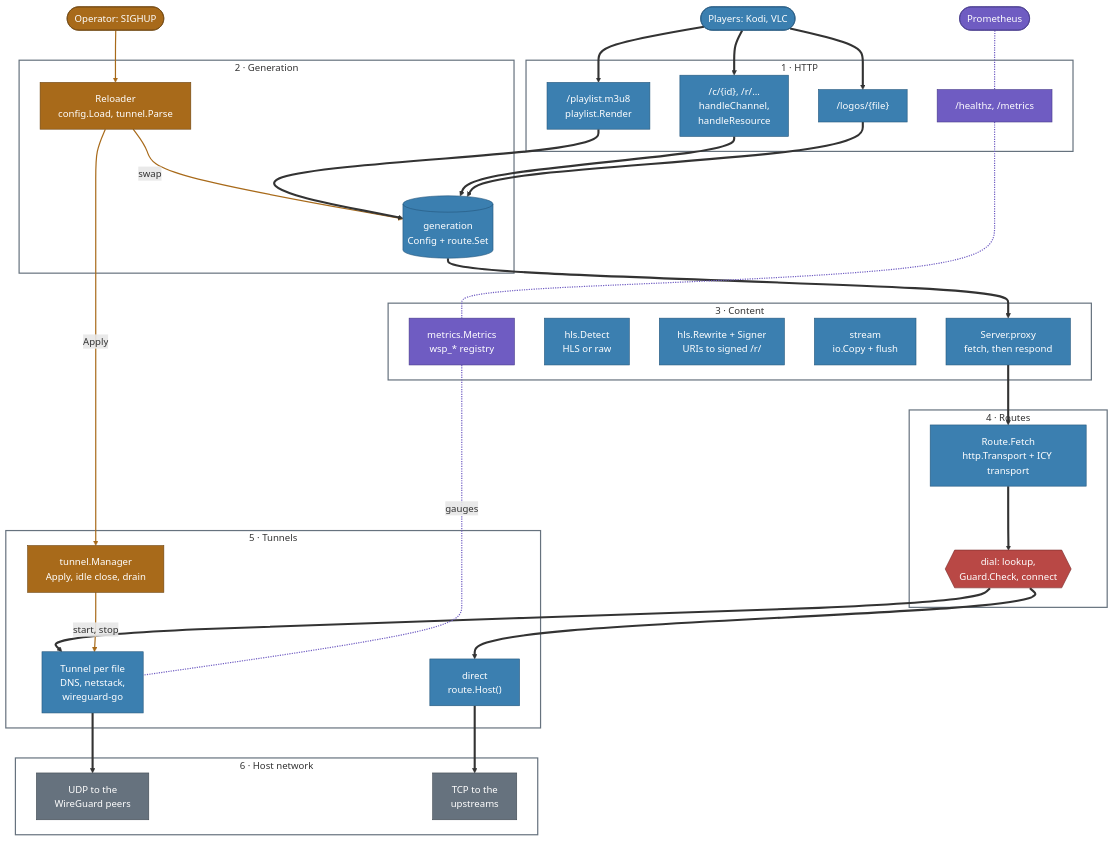
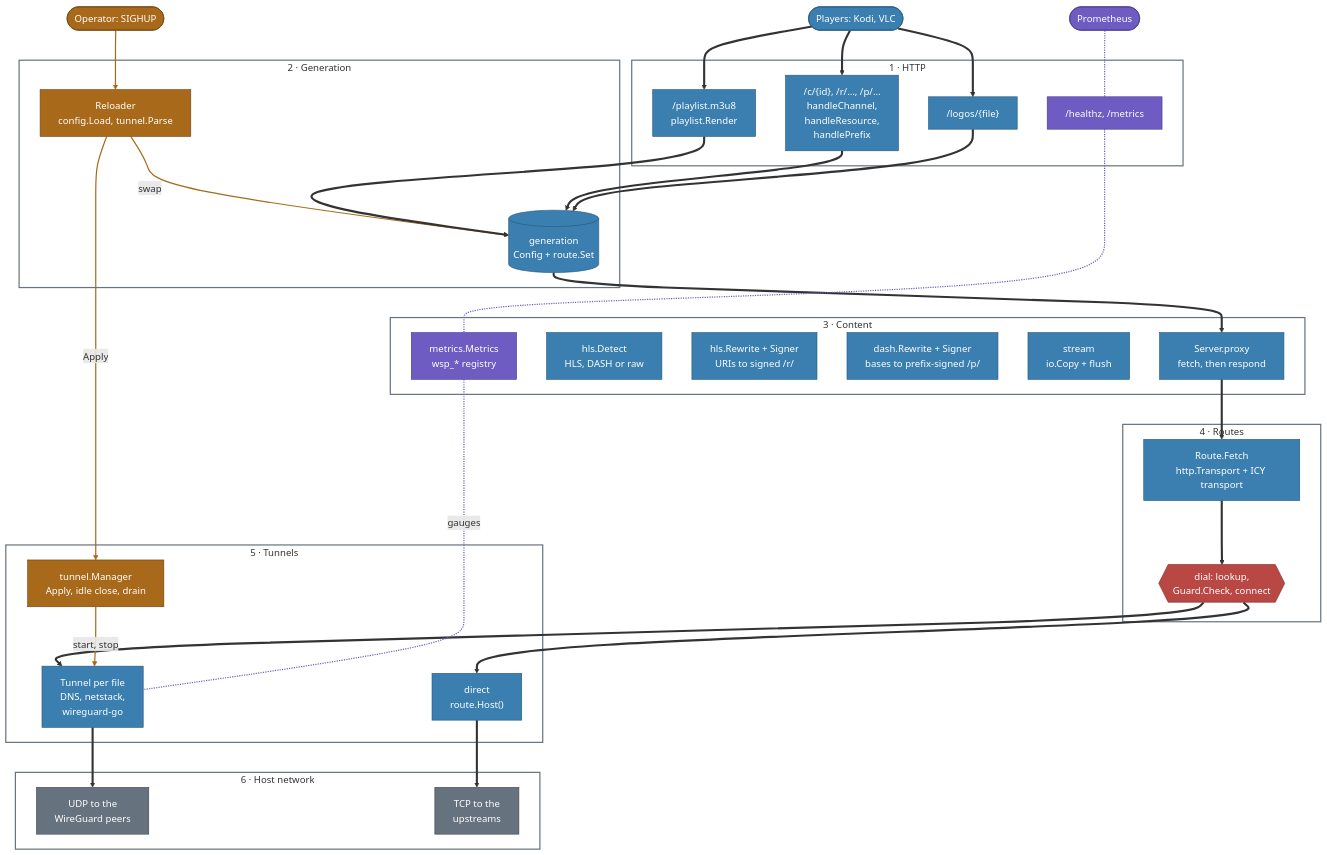
Diagram 11 of 18 in docs/architecture.md (KingOfKalk/wg-stream-proxy), drawn with Mermaid before and after one commit. The commit also changed other lines of this file and 85 other files, not shown here.

````diff
--- a/docs/architecture.md
+++ b/docs/architecture.md
@@ -471,66 +529,67 @@
 ```mermaid
 flowchart TB
     op(["Operator: SIGHUP"]):::ctl
     players(["Players: Kodi, VLC"]):::data
     prom(["Prometheus"]):::obs
 
     subgraph l1["1 · HTTP"]
         pl["/playlist.m3u8<br/>playlist.Render"]:::data
-        cr["/c/{id}, /r/…<br/>handleChannel,<br/>handleResource"]:::data
+        cr["/c/{id}, /r/…, /p/…<br/>handleChannel,<br/>handleResource,<br/>handlePrefix"]:::data
         logos["/logos/{file}"]:::data
         ep["/healthz, /metrics"]:::obs
     end
     subgraph l2["2 · Generation"]
         rel["Reloader<br/>config.Load, tunnel.Parse"]:::ctl
         gen[("generation<br/>Config + route.Set")]:::data
     end
     subgraph l3["3 · Content"]
         proxy["Server.proxy<br/>fetch, then respond"]:::data
-        det["hls.Detect<br/>HLS or raw"]:::data
+        det["hls.Detect<br/>HLS, DASH or raw"]:::data
         rw["hls.Rewrite + Signer<br/>URIs to signed /r/"]:::data
+        drw["dash.Rewrite + Signer<br/>bases to prefix-signed /p/"]:::data
         pipe["stream<br/>io.Copy + flush"]:::data
         reg["metrics.Metrics<br/>wsp_* registry"]:::obs
     end
     subgraph l4["4 · Routes"]
         fetch["Route.Fetch<br/>http.Transport + ICY transport"]:::data
         guard{{"dial: lookup,<br/>Guard.Check, connect"}}:::guard
     end
     subgraph l5["5 · Tunnels"]
         mgr["tunnel.Manager<br/>Apply, idle close, drain"]:::ctl
         tun["Tunnel per file<br/>DNS, netstack,<br/>wireguard-go"]:::data
         direct["direct<br/>route.Host()"]:::data
     end
     subgraph l6["6 · Host network"]
         udp["UDP to the<br/>WireGuard peers"]:::inet
         tcp["TCP to the<br/>upstreams"]:::inet
     end
 
     players ==> pl & cr & logos
     op --> rel
     prom -.- ep
     rel -- "swap" --> gen
     pl & cr & logos ==> gen
     gen ==> proxy
     ep -.- reg
     proxy ==> fetch ==> guard
     guard ==> tun & direct
     rel -- "Apply" --> mgr
     mgr -- "start, stop" --> tun
     tun ==> udp
     direct ==> tcp
     reg -. "gauges" .- tun
 
     classDef data fill:#3b7fb0,stroke:#24577d,color:#ffffff
     classDef ctl fill:#a86a1a,stroke:#6e4511,color:#ffffff
     classDef obs fill:#6f5cc2,stroke:#46398a,color:#ffffff
     classDef inet fill:#66727e,stroke:#3f4851,color:#ffffff
     classDef guard fill:#b94845,stroke:#7a2c2a,color:#ffffff
     linkStyle 3,5,15,16 stroke:#a86a1a,stroke-width:2px
     linkStyle 4,10,19 stroke:#6f5cc2,stroke-width:2px
     style l1 fill:none,stroke:#66727e,stroke-width:2px
     style l2 fill:none,stroke:#66727e,stroke-width:2px
     style l3 fill:none,stroke:#66727e,stroke-width:2px
     style l4 fill:none,stroke:#66727e,stroke-width:2px
     style l5 fill:none,stroke:#66727e,stroke-width:2px
     style l6 fill:none,stroke:#66727e,stroke-width:2px
 ```
````
